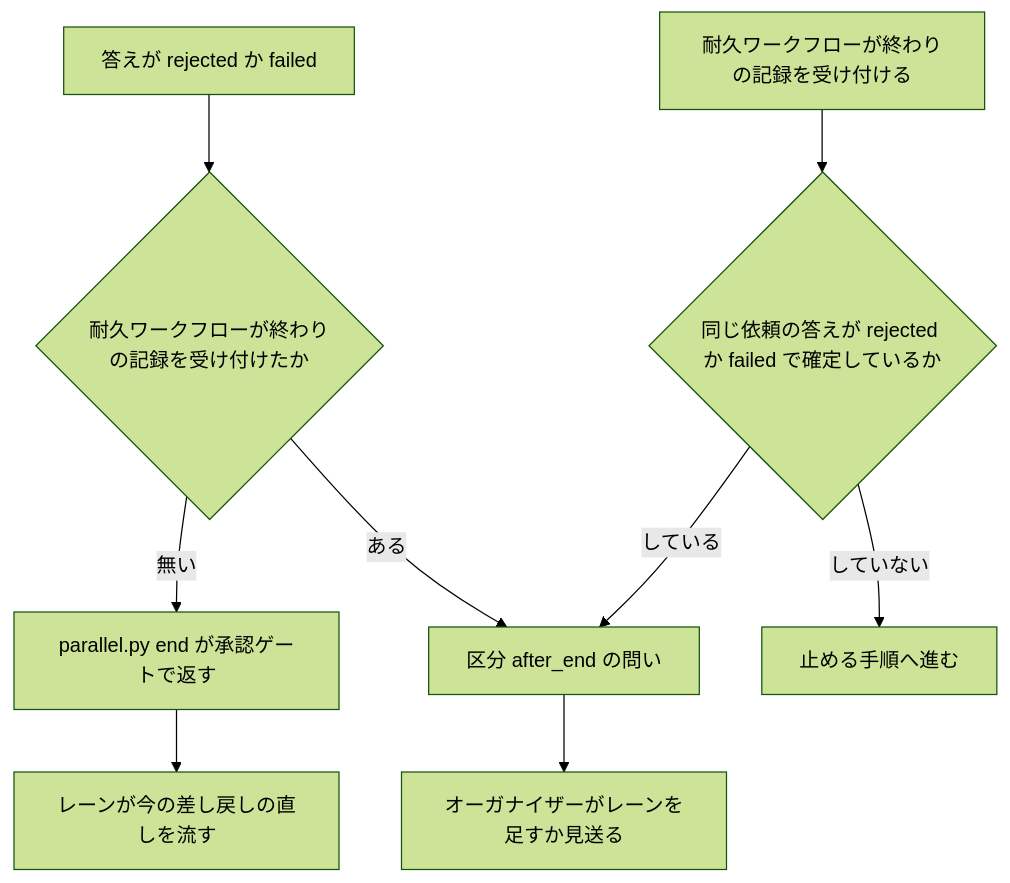
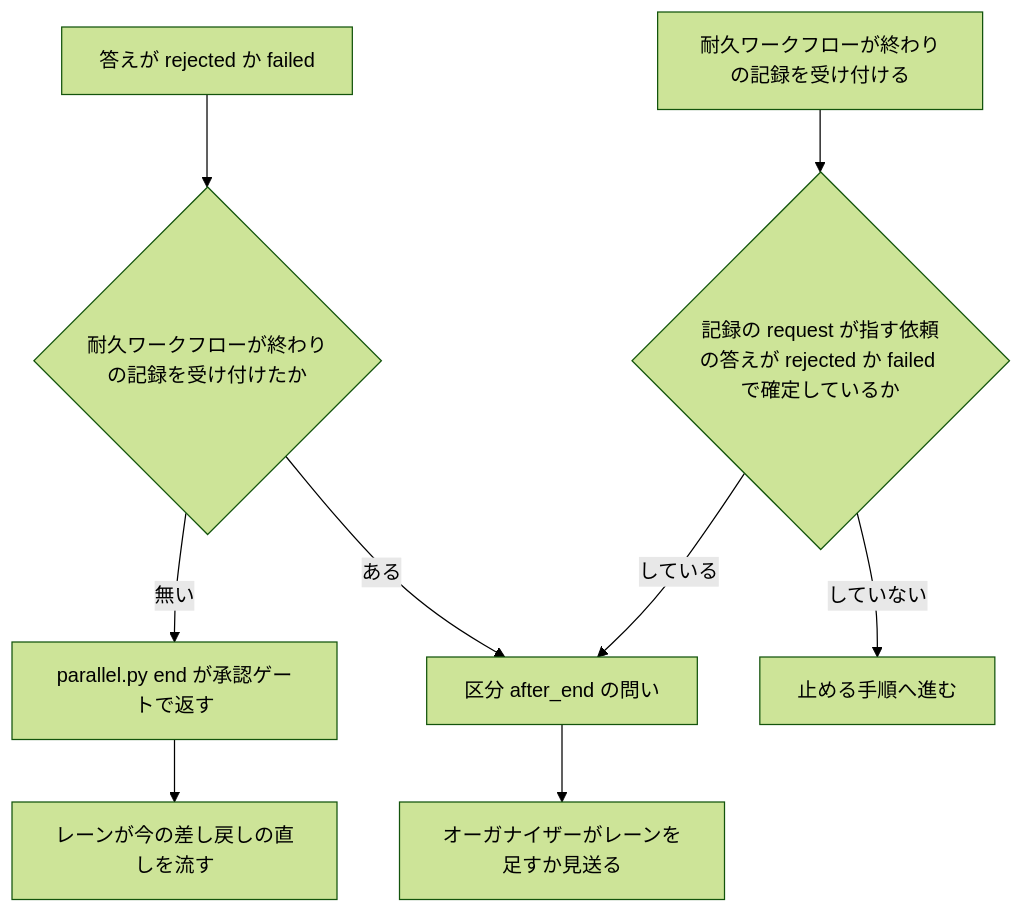
Before and after one commit to devbasex/ai-plugins: the fourth of 5 diagrams in issues/issue-3058-design.md, drawn with Mermaid (forest theme). The commit also changed other lines of this file, not shown here.

````diff
--- a/issues/issue-3058-design.md
+++ b/issues/issue-3058-design.md
@@ -326,11 +326,11 @@
 ```mermaid
 graph TD
     A[答えが rejected か failed] --> B{耐久ワークフローが終わりの記録を受け付けたか}
     B -->|無い| C[parallel.py end が承認ゲートで返す]
     C --> D[レーンが今の差し戻しの直しを流す]
     B -->|ある| E[区分 after_end の問い]
     E --> F[オーガナイザーがレーンを足すか見送る]
-    G[耐久ワークフローが終わりの記録を受け付ける] --> H{同じ依頼の答えが rejected か failed で確定しているか}
+    G[耐久ワークフローが終わりの記録を受け付ける] --> H{記録の request が指す依頼の答えが rejected か failed で確定しているか}
     H -->|している| E
     H -->|していない| I[止める手順へ進む]
 ```
````
